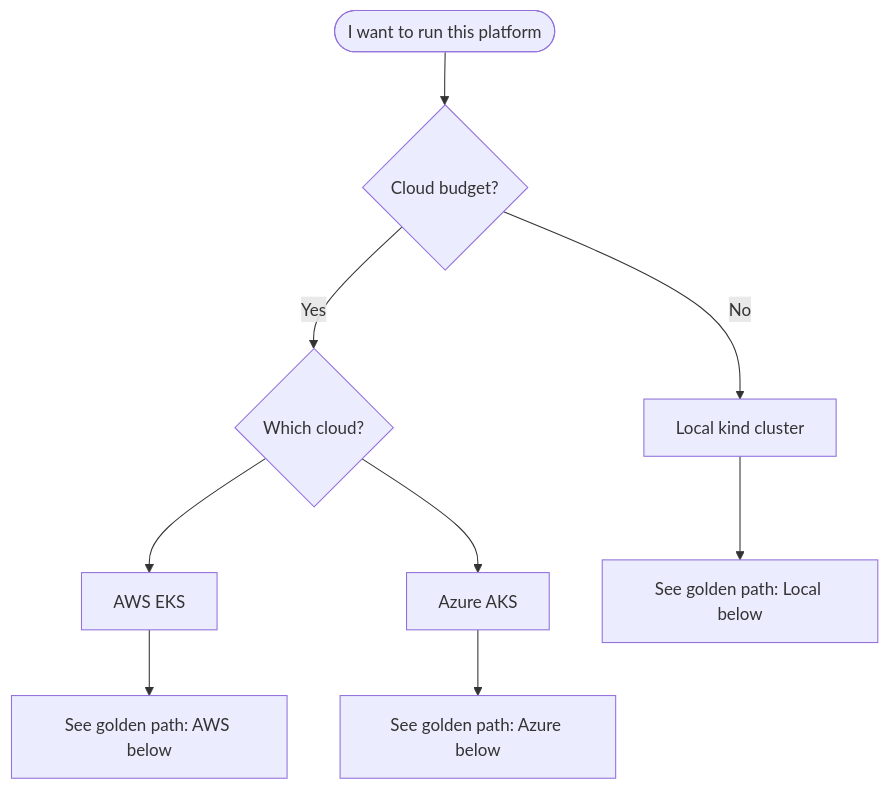
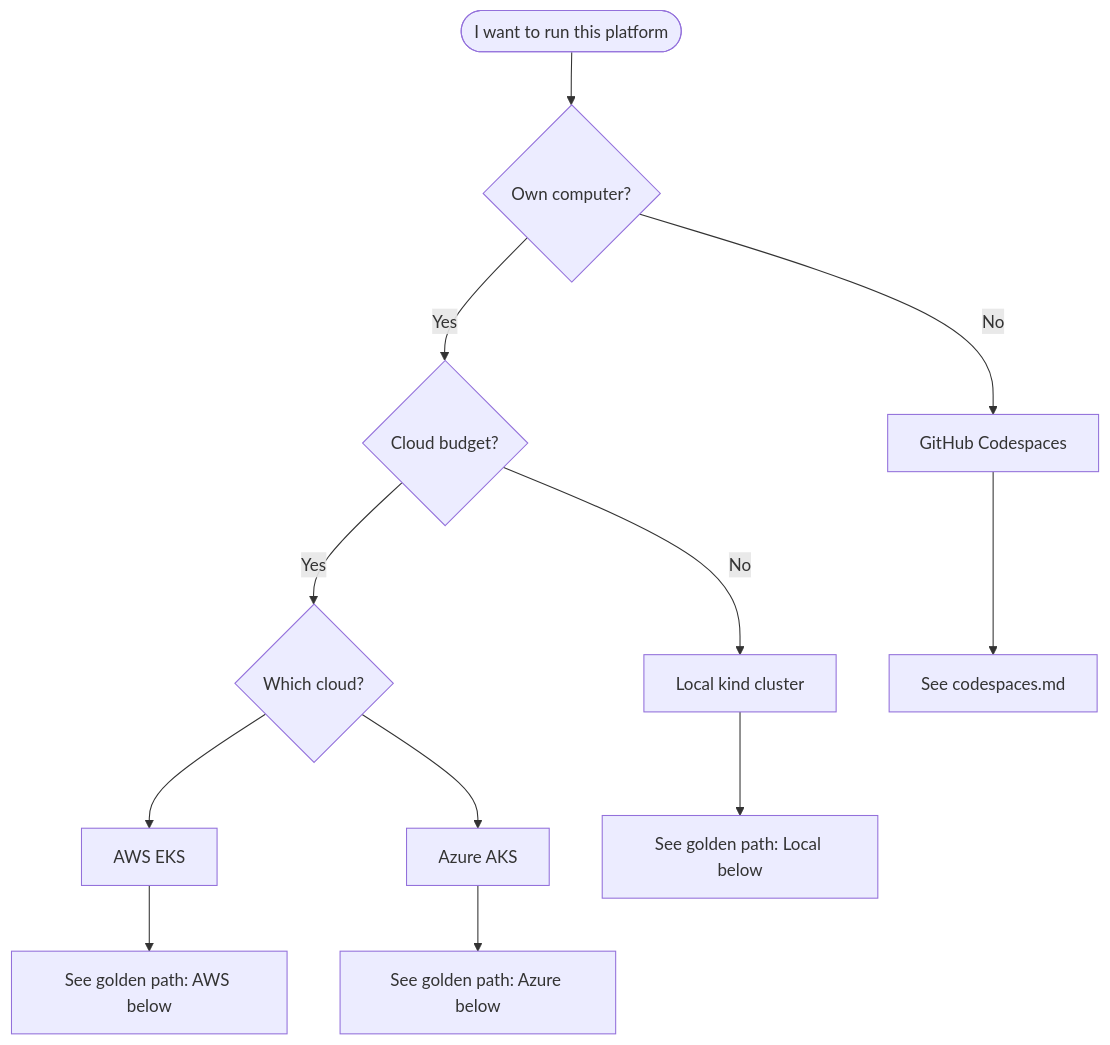
Before and after one commit to panagiod/infra: the diagram in docs/getting-started.md, drawn with Mermaid. The commit also changed other lines of this file and 5 other files, not shown here.

First line of the commit message:
feat: add GitHub Codespaces devcontainer for browser-based lab

````diff
--- a/docs/getting-started.md
+++ b/docs/getting-started.md
@@ -7,11 +11,14 @@
 ```mermaid
 flowchart TD
-  START([I want to run this platform]) --> Q1{Cloud budget?}
+  START([I want to run this platform]) --> Q0{Own computer?}
+  Q0 -->|No| CODESPACE[GitHub Codespaces]
+  Q0 -->|Yes| Q1{Cloud budget?}
   Q1 -->|No| LOCAL[Local kind cluster]
   Q1 -->|Yes| Q2{Which cloud?}
   Q2 --> AWS[AWS EKS]
   Q2 --> AZURE[Azure AKS]
+  CODESPACE --> GS0[See codespaces.md]
   LOCAL --> GS1[See golden path: Local below]
   AWS --> GS2[See golden path: AWS below]
   AZURE --> GS3[See golden path: Azure below]
 ```
````
